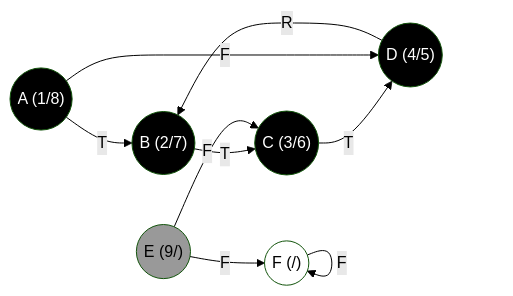
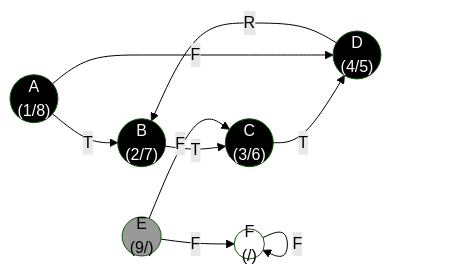
Before and after one commit to UFMG-Organizacao-de-Disciplinas/DCC865-Projeto_e_Analise_de_Algoritmos: diagram 15 of 27 in 2024.2/Materiais enviados/Listas/Resoluções/Lista 3.md, drawn with Mermaid (forest theme). The commit also changed other lines of this file and 1 other file, not shown here.

````diff
--- a/2024.2/Materiais enviados/Listas/Resoluções/Lista 3.md
+++ b/2024.2/Materiais enviados/Listas/Resoluções/Lista 3.md
@@ -719,28 +722,28 @@
 ```mermaid
 graph LR
     %% Coloração: fundo branco, texto preto
     style A fill:#000,color:#fff
     style B fill:#000,color:#fff
     style C fill:#000,color:#fff
     style D fill:#000,color:#fff
     style E fill:#999,color:#000
     style F fill:#fff,color:#000
     
     %% Vértices
-    A(("A (1/8)"))
-    B(("B (2/7)"))
-    C(("C (3/6)"))
-    D(("D (4/5)"))
-    E(("E (9/)"))
-    F(("F (/)"))
+    A(("A <br> (1/8)"))
+    B(("B <br> (2/7)"))
+    C(("C <br> (3/6)"))
+    D(("D <br> (4/5)"))
+    E(("E <br> (9/)"))
+    F(("F <br> (/)"))
 
     %% Arestas
     A -->|T| B
     B -->|T| C
     C -->|T| D
     A -->|F| D
     D -->|R| B
     E -->|F| C
     E -->|F| F
     F -->|F| F
 ```
````
